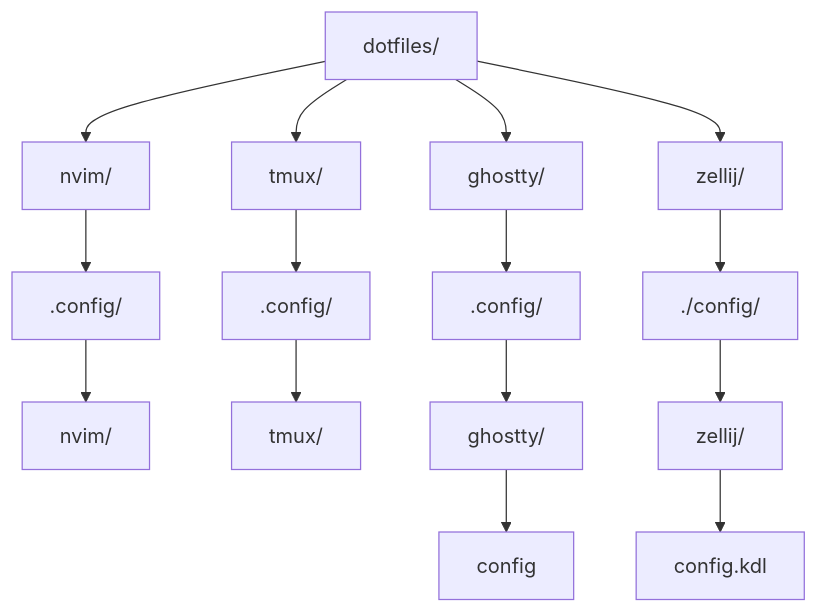
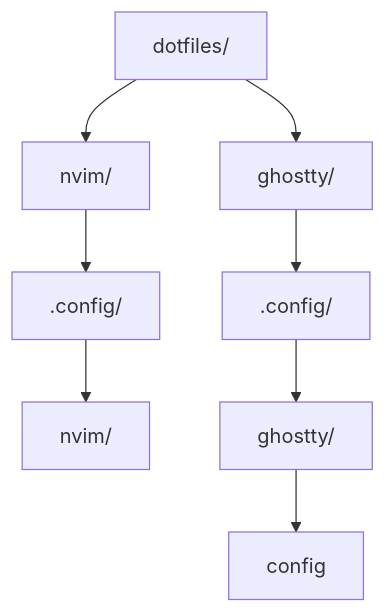
The diagram in README.md (enshetinin/dotfiles), drawn with Mermaid before and after one commit. The commit also changed other lines of this file and 24 other files, not shown here.

Commit message:
feat: switch to JetBrains theme and drop tmux/zellij

````diff
--- a/README.md
+++ b/README.md
@@ -23,21 +21,12 @@
 ```mermaid
 flowchart TD
     A[dotfiles/] --> B[nvim/]
-    A --> C[tmux/]
     A --> D[ghostty/]
-    A --> E[zellij/]
 
     B --> B1[".config/"]
     B1 --> B2[nvim/]
 
-    C --> C1[".config/"]
-    C1 --> C2[tmux/]
-
     D --> D1[".config/"]
     D1 --> D2[ghostty/]
     D2 --> D3[config]
-
-    E --> E1["./config/"]
-    E1 --> E2[zellij/]
-    E2 --> E3[config.kdl]
 ```
````
